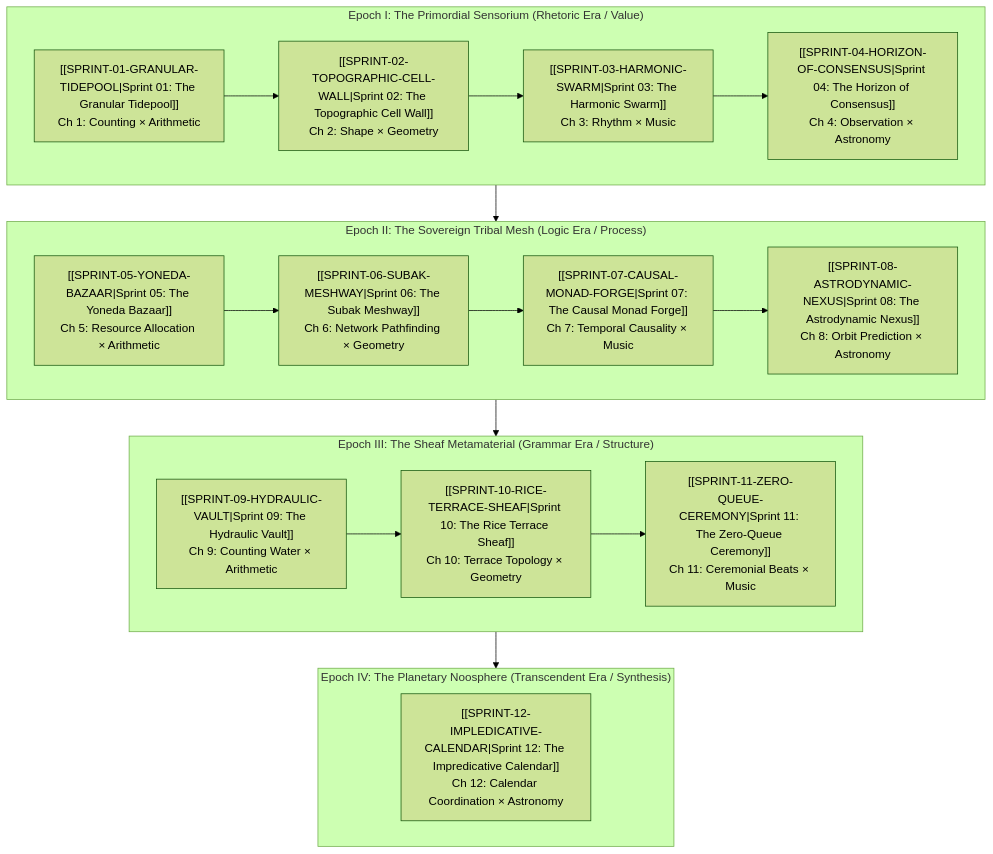
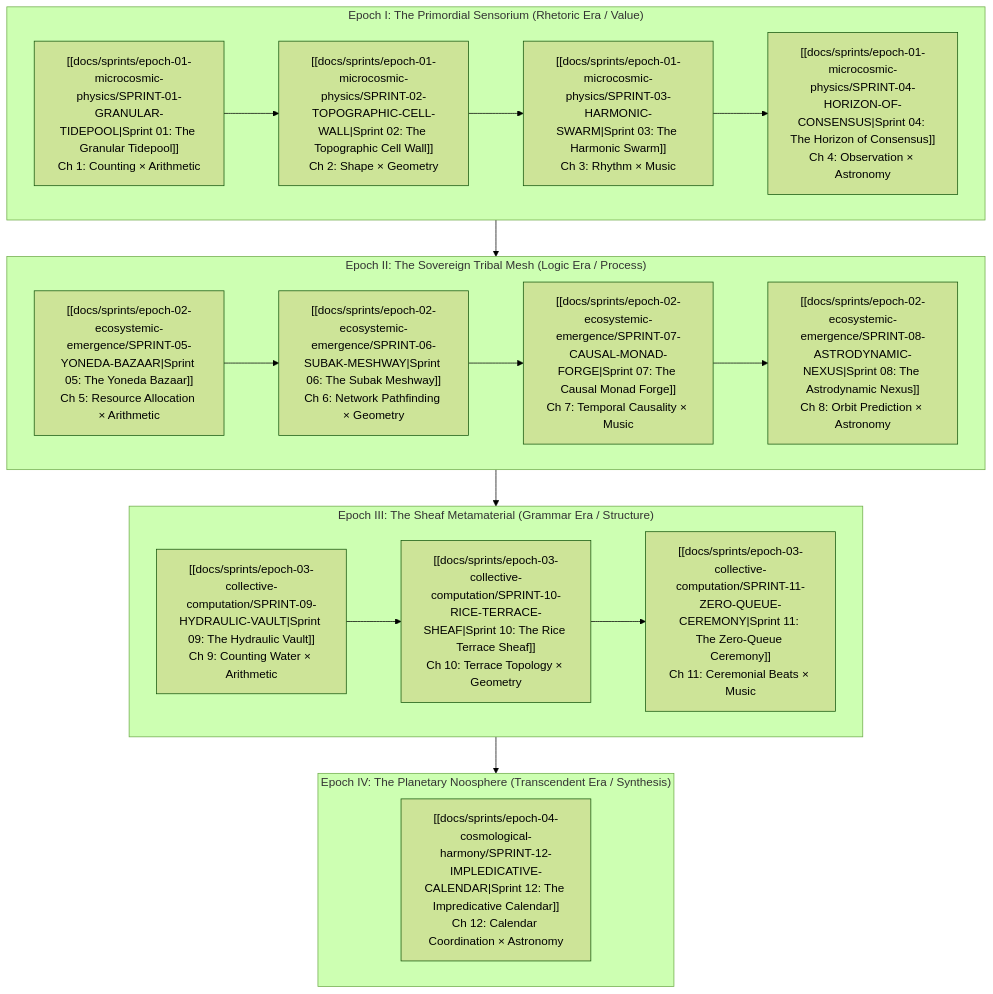
One commit to xlp0/PrologueOfSpacetime changed the diagram in docs/sprints/_active/README.md. Above: the diagram before and after it, drawn with Mermaid (forest theme). The commit also changed other lines of this file and 23 other files, not shown here.

````diff
--- a/docs/sprints/_active/README.md
+++ b/docs/sprints/_active/README.md
@@ -42,31 +42,31 @@
 ```mermaid
 flowchart TD
     subgraph Epoch1 ["Epoch I: The Primordial Sensorium (Rhetoric Era / Value)"]
-        S01["[[SPRINT-01-GRANULAR-TIDEPOOL|Sprint 01: The Granular Tidepool]]<br/>Ch 1: Counting × Arithmetic"]
-        S02["[[SPRINT-02-TOPOGRAPHIC-CELL-WALL|Sprint 02: The Topographic Cell Wall]]<br/>Ch 2: Shape × Geometry"]
-        S03["[[SPRINT-03-HARMONIC-SWARM|Sprint 03: The Harmonic Swarm]]<br/>Ch 3: Rhythm × Music"]
-        S04["[[SPRINT-04-HORIZON-OF-CONSENSUS|Sprint 04: The Horizon of Consensus]]<br/>Ch 4: Observation × Astronomy"]
+        S01["[[docs/sprints/epoch-01-microcosmic-physics/SPRINT-01-GRANULAR-TIDEPOOL|Sprint 01: The Granular Tidepool]]<br/>Ch 1: Counting × Arithmetic"]
+        S02["[[docs/sprints/epoch-01-microcosmic-physics/SPRINT-02-TOPOGRAPHIC-CELL-WALL|Sprint 02: The Topographic Cell Wall]]<br/>Ch 2: Shape × Geometry"]
+        S03["[[docs/sprints/epoch-01-microcosmic-physics/SPRINT-03-HARMONIC-SWARM|Sprint 03: The Harmonic Swarm]]<br/>Ch 3: Rhythm × Music"]
+        S04["[[docs/sprints/epoch-01-microcosmic-physics/SPRINT-04-HORIZON-OF-CONSENSUS|Sprint 04: The Horizon of Consensus]]<br/>Ch 4: Observation × Astronomy"]
         S01 --> S02 --> S03 --> S04
     end
 
     subgraph Epoch2 ["Epoch II: The Sovereign Tribal Mesh (Logic Era / Process)"]
-        S05["[[SPRINT-05-YONEDA-BAZAAR|Sprint 05: The Yoneda Bazaar]]<br/>Ch 5: Resource Allocation × Arithmetic"]
-        S06["[[SPRINT-06-SUBAK-MESHWAY|Sprint 06: The Subak Meshway]]<br/>Ch 6: Network Pathfinding × Geometry"]
-        S07["[[SPRINT-07-CAUSAL-MONAD-FORGE|Sprint 07: The Causal Monad Forge]]<br/>Ch 7: Temporal Causality × Music"]
-        S08["[[SPRINT-08-ASTRODYNAMIC-NEXUS|Sprint 08: The Astrodynamic Nexus]]<br/>Ch 8: Orbit Prediction × Astronomy"]
+        S05["[[docs/sprints/epoch-02-ecosystemic-emergence/SPRINT-05-YONEDA-BAZAAR|Sprint 05: The Yoneda Bazaar]]<br/>Ch 5: Resource Allocation × Arithmetic"]
+        S06["[[docs/sprints/epoch-02-ecosystemic-emergence/SPRINT-06-SUBAK-MESHWAY|Sprint 06: The Subak Meshway]]<br/>Ch 6: Network Pathfinding × Geometry"]
+        S07["[[docs/sprints/epoch-02-ecosystemic-emergence/SPRINT-07-CAUSAL-MONAD-FORGE|Sprint 07: The Causal Monad Forge]]<br/>Ch 7: Temporal Causality × Music"]
+        S08["[[docs/sprints/epoch-02-ecosystemic-emergence/SPRINT-08-ASTRODYNAMIC-NEXUS|Sprint 08: The Astrodynamic Nexus]]<br/>Ch 8: Orbit Prediction × Astronomy"]
         S05 --> S06 --> S07 --> S08
     end
 
     subgraph Epoch3 ["Epoch III: The Sheaf Metamaterial (Grammar Era / Structure)"]
-        S09["[[SPRINT-09-HYDRAULIC-VAULT|Sprint 09: The Hydraulic Vault]]<br/>Ch 9: Counting Water × Arithmetic"]
-        S10["[[SPRINT-10-RICE-TERRACE-SHEAF|Sprint 10: The Rice Terrace Sheaf]]<br/>Ch 10: Terrace Topology × Geometry"]
-        S11["[[SPRINT-11-ZERO-QUEUE-CEREMONY|Sprint 11: The Zero-Queue Ceremony]]<br/>Ch 11: Ceremonial Beats × Music"]
+        S09["[[docs/sprints/epoch-03-collective-computation/SPRINT-09-HYDRAULIC-VAULT|Sprint 09: The Hydraulic Vault]]<br/>Ch 9: Counting Water × Arithmetic"]
+        S10["[[docs/sprints/epoch-03-collective-computation/SPRINT-10-RICE-TERRACE-SHEAF|Sprint 10: The Rice Terrace Sheaf]]<br/>Ch 10: Terrace Topology × Geometry"]
+        S11["[[docs/sprints/epoch-03-collective-computation/SPRINT-11-ZERO-QUEUE-CEREMONY|Sprint 11: The Zero-Queue Ceremony]]<br/>Ch 11: Ceremonial Beats × Music"]
         S09 --> S10 --> S11
     end
 
     subgraph Epoch4 ["Epoch IV: The Planetary Noosphere (Transcendent Era / Synthesis)"]
-        S12["[[SPRINT-12-IMPLEDICATIVE-CALENDAR|Sprint 12: The Impredicative Calendar]]<br/>Ch 12: Calendar Coordination × Astronomy"]
+        S12["[[docs/sprints/epoch-04-cosmological-harmony/SPRINT-12-IMPLEDICATIVE-CALENDAR|Sprint 12: The Impredicative Calendar]]<br/>Ch 12: Calendar Coordination × Astronomy"]
     end
 
     Epoch1 --> Epoch2 --> Epoch3 --> Epoch4
 ```
````
